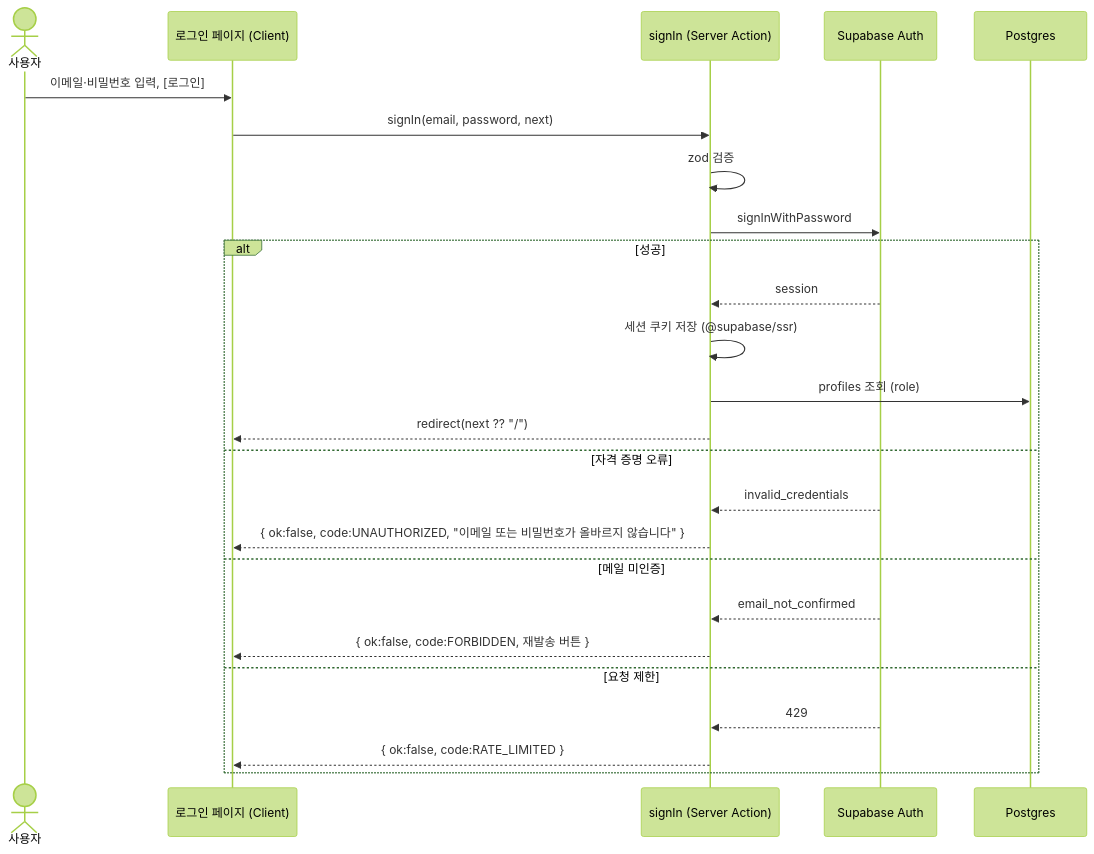
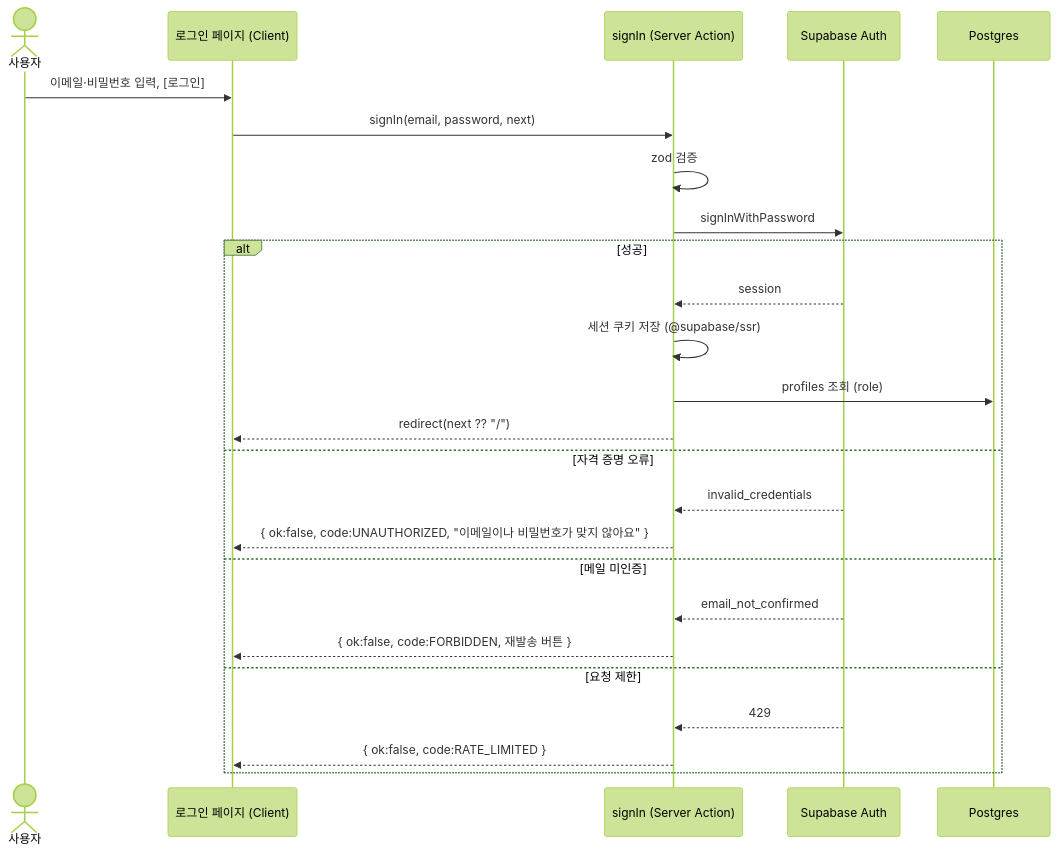
Before and after one commit to lucyjeremy/learning-challenge-platform: the fourth of 12 diagrams in waterfall/03-상세설계/상세설계서.md, drawn with Mermaid (forest theme). The commit also changed other lines of this file and 11 other files, not shown here.

````diff
--- a/waterfall/03-상세설계/상세설계서.md
+++ b/waterfall/03-상세설계/상세설계서.md
@@ -433,28 +434,28 @@
 ```mermaid
 sequenceDiagram
     actor U as 사용자
     participant P as 로그인 페이지 (Client)
     participant A as signIn (Server Action)
     participant AUTH as Supabase Auth
     participant DB as Postgres
 
     U->>P: 이메일·비밀번호 입력, [로그인]
     P->>A: signIn(email, password, next)
     A->>A: zod 검증
     A->>AUTH: signInWithPassword
     alt 성공
         AUTH-->>A: session
         A->>A: 세션 쿠키 저장 (@supabase/ssr)
         A->>DB: profiles 조회 (role)
         A-->>P: redirect(next ?? "/")
     else 자격 증명 오류
         AUTH-->>A: invalid_credentials
-        A-->>P: { ok:false, code:UNAUTHORIZED, "이메일 또는 비밀번호가 올바르지 않습니다" }
+        A-->>P: { ok:false, code:UNAUTHORIZED, "이메일이나 비밀번호가 맞지 않아요" }
     else 메일 미인증
         AUTH-->>A: email_not_confirmed
         A-->>P: { ok:false, code:FORBIDDEN, 재발송 버튼 }
     else 요청 제한
         AUTH-->>A: 429
         A-->>P: { ok:false, code:RATE_LIMITED }
     end
 ```
````
